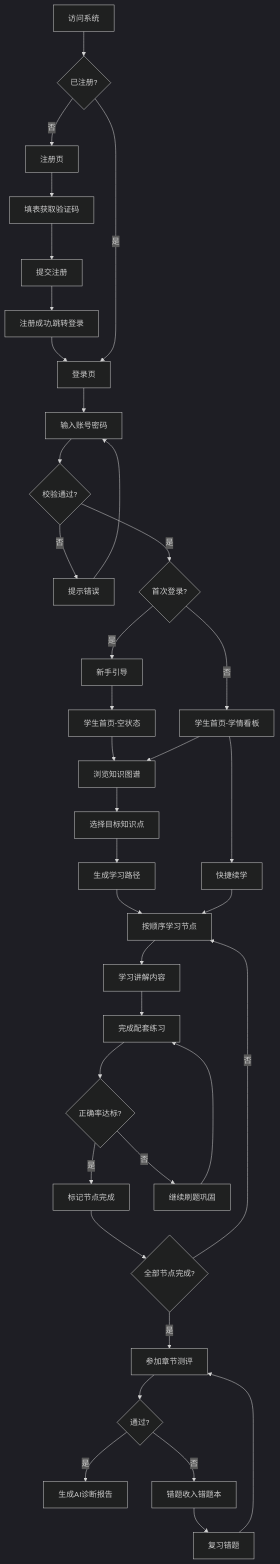
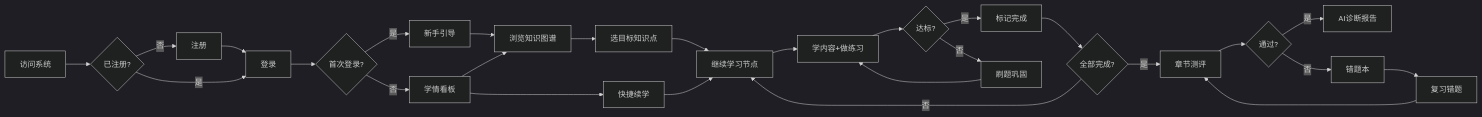
The sixth of 8 diagrams in docs/diagrams.md (blossom-rt/kg-intelligent-tutoring-system), drawn with Mermaid (dark theme) before and after one commit. The commit also changed other lines of this file, not shown here.

Commit message:
docs: 图表改为横向布局适配报告排版

````diff
--- a/docs/diagrams.md
+++ b/docs/diagrams.md
@@ -200,43 +144,29 @@
 ```mermaid
-flowchart TD
+flowchart LR
     A[访问系统] --> B{已注册?}
-    B -->|否| C[注册页]
-    C --> D[填表获取验证码]
-    D --> E[提交注册]
-    E --> F[注册成功,跳转登录]
-    F --> G[登录页]
-    B -->|是| G
-
-    G --> H[输入账号密码]
-    H --> I{校验通过?}
-    I -->|否| J[提示错误]
-    J --> H
-    I -->|是| K{首次登录?}
-    K -->|是| L[新手引导]
-    L --> M[学生首页-空状态]
-    K -->|否| N[学生首页-学情看板]
-
-    M --> O[浏览知识图谱]
-    N --> O
-    N --> P[快捷续学]
-
-    O --> Q[选择目标知识点]
-    Q --> R[生成学习路径]
-    R --> S[按顺序学习节点]
-
-    P --> S
-    S --> T[学习讲解内容]
-    T --> U[完成配套练习]
-    U --> V{正确率达标?}
-    V -->|是| W[标记节点完成]
-    V -->|否| X[继续刷题巩固]
-    X --> U
-    W --> Y{全部节点完成?}
-    Y -->|否| S
-    Y -->|是| Z[参加章节测评]
-    Z --> AA{通过?}
-    AA -->|是| AB[生成AI诊断报告]
-    AA -->|否| AC[错题收入错题本]
-    AC --> AD[复习错题]
-    AD --> Z
+    B -->|否| C[注册]
+    C --> D[登录]
+    B -->|是| D
+    D --> E{首次登录?}
+    E -->|是| F[新手引导]
+    E -->|否| G[学情看板]
+    F --> H[浏览知识图谱]
+    G --> H
+    G --> I[快捷续学]
+    H --> J[选目标知识点]
+    I --> K[继续学习节点]
+    J --> K
+    K --> L[学内容+做练习]
+    L --> M{达标?}
+    M -->|是| N[标记完成]
+    M -->|否| O[刷题巩固]
+    O --> L
+    N --> P{全部完成?}
+    P -->|否| K
+    P -->|是| Q[章节测评]
+    Q --> R{通过?}
+    R -->|是| S[AI诊断报告]
+    R -->|否| T[错题本]
+    T --> U[复习错题]
+    U --> Q
 ```
````
